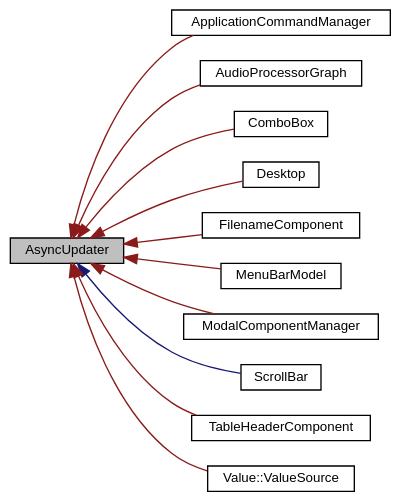
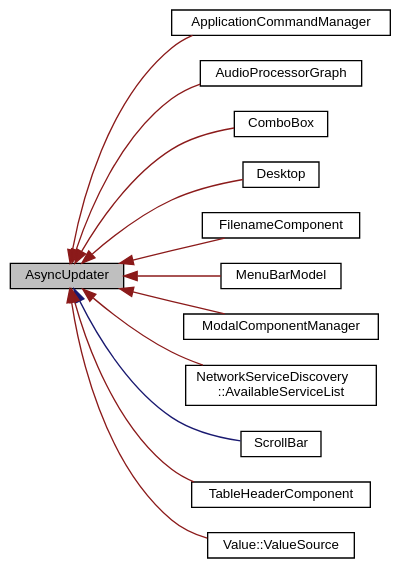
The diagram in doc/classAsyncUpdater__inherit__graph.dot (klangfreund/jucedoc), drawn with Graphviz before and after one commit. The commit also changed 2776 other files, not shown here.

```diff
--- a/doc/classAsyncUpdater__inherit__graph.dot
+++ b/doc/classAsyncUpdater__inherit__graph.dot
@@ -1,28 +1,30 @@
 digraph "AsyncUpdater"
 {
   bgcolor="transparent";
   edge [fontname="Helvetica",fontsize="10",labelfontname="Helvetica",labelfontsize="10"];
   node [fontname="Helvetica",fontsize="10",shape=record];
   rankdir="LR";
   Node0 [label="AsyncUpdater",height=0.2,width=0.4,color="black", fillcolor="grey75", style="filled", fontcolor="black"];
   Node0 -> Node1 [dir="back",color="firebrick4",fontsize="10",style="solid",fontname="Helvetica"];
   Node1 [label="ApplicationCommandManager",height=0.2,width=0.4,color="black",URL="$classApplicationCommandManager.html",tooltip="One of these objects holds a list of all the commands your app can perform, and despatches these comm..."];
   Node0 -> Node2 [dir="back",color="firebrick4",fontsize="10",style="solid",fontname="Helvetica"];
   Node2 [label="AudioProcessorGraph",height=0.2,width=0.4,color="black",URL="$classAudioProcessorGraph.html",tooltip="A type of AudioProcessor which plays back a graph of other AudioProcessors. "];
   Node0 -> Node3 [dir="back",color="firebrick4",fontsize="10",style="solid",fontname="Helvetica"];
   Node3 [label="ComboBox",height=0.2,width=0.4,color="black",URL="$classComboBox.html",tooltip="A component that lets the user choose from a drop-down list of choices. "];
   Node0 -> Node4 [dir="back",color="firebrick4",fontsize="10",style="solid",fontname="Helvetica"];
   Node4 [label="Desktop",height=0.2,width=0.4,color="black",URL="$classDesktop.html",tooltip="Describes and controls aspects of the computer&#39;s desktop. "];
   Node0 -> Node5 [dir="back",color="firebrick4",fontsize="10",style="solid",fontname="Helvetica"];
   Node5 [label="FilenameComponent",height=0.2,width=0.4,color="black",URL="$classFilenameComponent.html",tooltip="Shows a filename as an editable text box, with a &#39;browse&#39; button and a drop-down list for recently se..."];
   Node0 -> Node6 [dir="back",color="firebrick4",fontsize="10",style="solid",fontname="Helvetica"];
   Node6 [label="MenuBarModel",height=0.2,width=0.4,color="black",URL="$classMenuBarModel.html",tooltip="A class for controlling MenuBar components. "];
   Node0 -> Node7 [dir="back",color="firebrick4",fontsize="10",style="solid",fontname="Helvetica"];
   Node7 [label="ModalComponentManager",height=0.2,width=0.4,color="black",URL="$classModalComponentManager.html",tooltip="Manages the system&#39;s stack of modal components. "];
-  Node0 -> Node8 [dir="back",color="midnightblue",fontsize="10",style="solid",fontname="Helvetica"];
-  Node8 [label="ScrollBar",height=0.2,width=0.4,color="black",URL="$classScrollBar.html",tooltip="A scrollbar component. "];
-  Node0 -> Node9 [dir="back",color="firebrick4",fontsize="10",style="solid",fontname="Helvetica"];
-  Node9 [label="TableHeaderComponent",height=0.2,width=0.4,color="black",URL="$classTableHeaderComponent.html",tooltip="A component that displays a strip of column headings for a table, and allows these to be resized..."];
+  Node0 -> Node8 [dir="back",color="firebrick4",fontsize="10",style="solid",fontname="Helvetica"];
+  Node8 [label="NetworkServiceDiscovery\l::AvailableServiceList",height=0.2,width=0.4,color="black",URL="$structNetworkServiceDiscovery_1_1AvailableServiceList.html",tooltip="Watches the network for broadcasts from Advertiser objects, and keeps a list of all the currently act..."];
+  Node0 -> Node9 [dir="back",color="midnightblue",fontsize="10",style="solid",fontname="Helvetica"];
+  Node9 [label="ScrollBar",height=0.2,width=0.4,color="black",URL="$classScrollBar.html",tooltip="A scrollbar component. "];
   Node0 -> Node10 [dir="back",color="firebrick4",fontsize="10",style="solid",fontname="Helvetica"];
-  Node10 [label="Value::ValueSource",height=0.2,width=0.4,color="black",URL="$classValue_1_1ValueSource.html",tooltip="Used internally by the Value class as the base class for its shared value objects. "];
+  Node10 [label="TableHeaderComponent",height=0.2,width=0.4,color="black",URL="$classTableHeaderComponent.html",tooltip="A component that displays a strip of column headings for a table, and allows these to be resized..."];
+  Node0 -> Node11 [dir="back",color="firebrick4",fontsize="10",style="solid",fontname="Helvetica"];
+  Node11 [label="Value::ValueSource",height=0.2,width=0.4,color="black",URL="$classValue_1_1ValueSource.html",tooltip="Used internally by the Value class as the base class for its shared value objects. "];
 }
```
